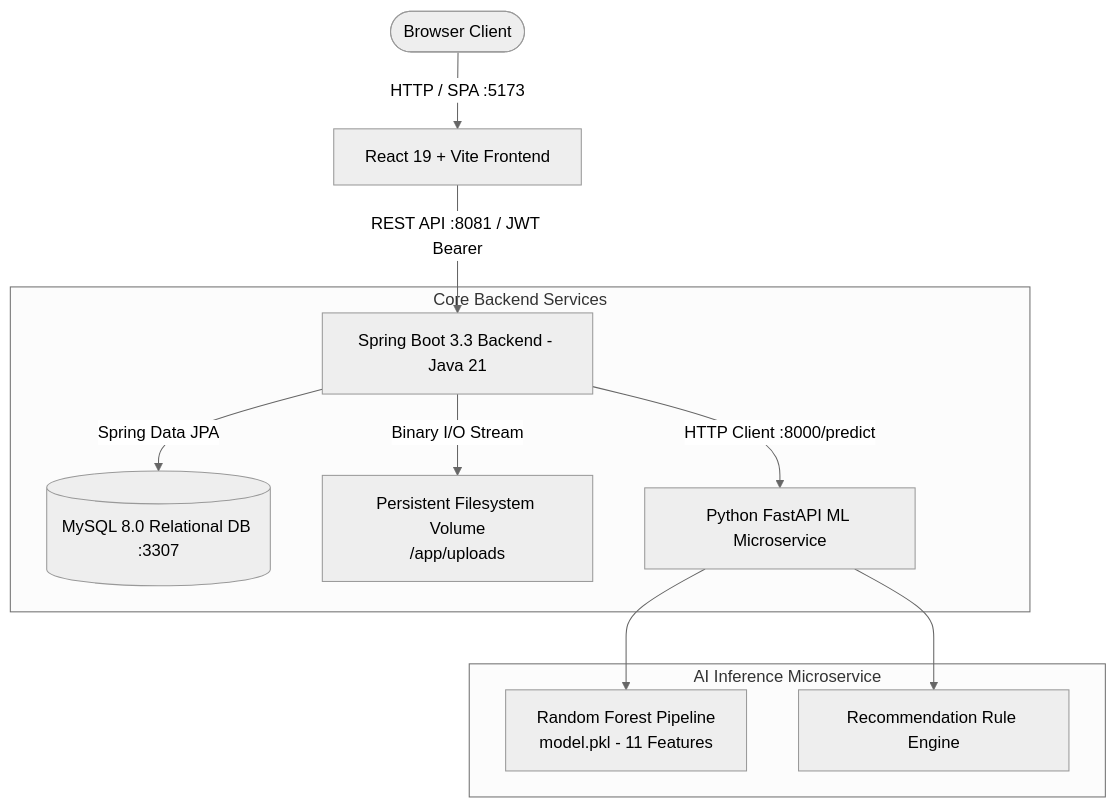
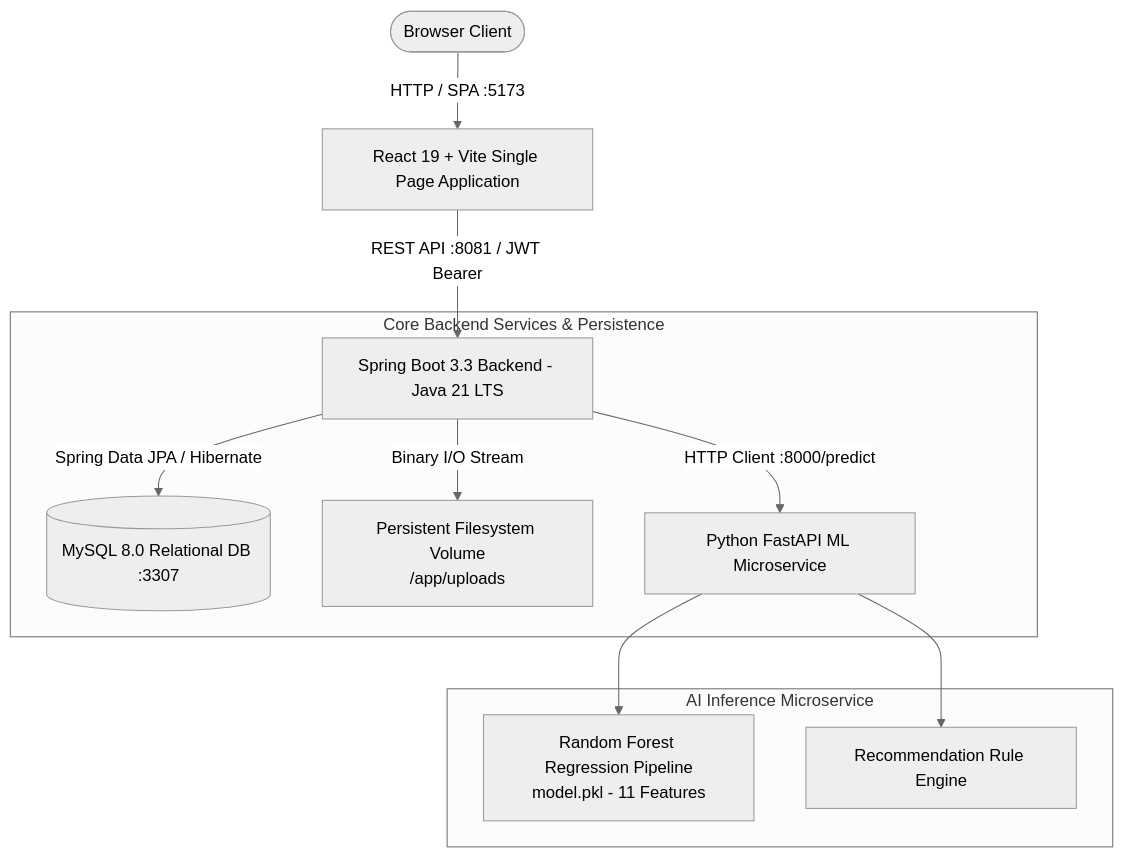
One commit to SrihithaBandi99/KLH-CSE-2026-27-2420030099-AI_AcadPredict changed the diagram in AcadPredict/README.md. Above: the diagram before and after it, drawn with Mermaid (neutral theme). The commit also changed other lines of this file and 1 other file, not shown here.

````diff
--- a/AcadPredict/README.md
+++ b/AcadPredict/README.md
@@ -45,16 +101,16 @@
 ```mermaid
 graph TD
-    User([Browser Client]) -->|HTTP / SPA :5173| Frontend[React 19 + Vite Frontend]
-    Frontend -->|REST API :8081 / JWT Bearer| Backend[Spring Boot 3.3 Backend - Java 21]
+    User([Browser Client]) -->|HTTP / SPA :5173| Frontend[React 19 + Vite Single Page Application]
+    Frontend -->|REST API :8081 / JWT Bearer| Backend[Spring Boot 3.3 Backend - Java 21 LTS]
     
-    subgraph "Core Backend Services"
-        Backend -->|Spring Data JPA| MySQL[(MySQL 8.0 Relational DB :3307)]
+    subgraph "Core Backend Services & Persistence"
+        Backend -->|Spring Data JPA / Hibernate| MySQL[(MySQL 8.0 Relational DB :3307)]
         Backend -->|Binary I/O Stream| FileStore[Persistent Filesystem Volume\n/app/uploads]
         Backend -->|HTTP Client :8000/predict| AIService[Python FastAPI ML Microservice]
     end
 
     subgraph "AI Inference Microservice"
-        AIService --> Model[Random Forest Pipeline\nmodel.pkl - 11 Features]
+        AIService --> Model[Random Forest Regression Pipeline\nmodel.pkl - 11 Features]
         AIService --> RuleEngine[Recommendation Rule Engine]
     end
 ```
````
